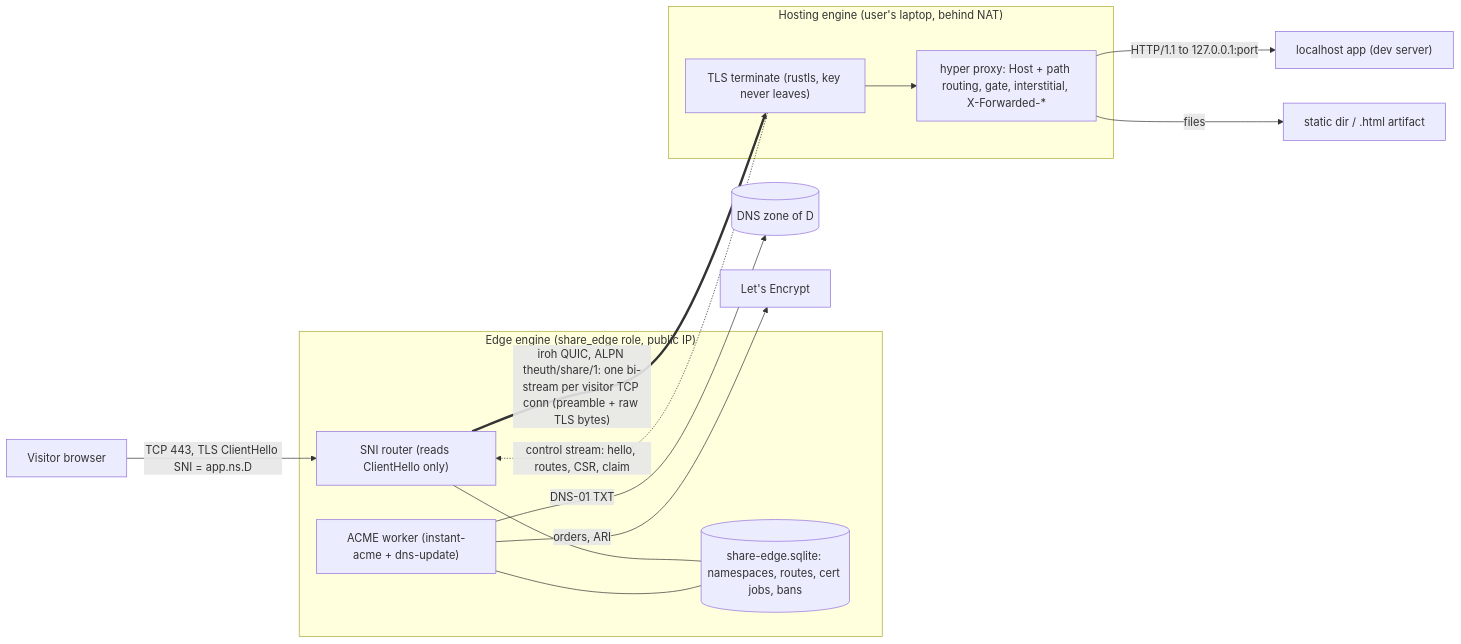
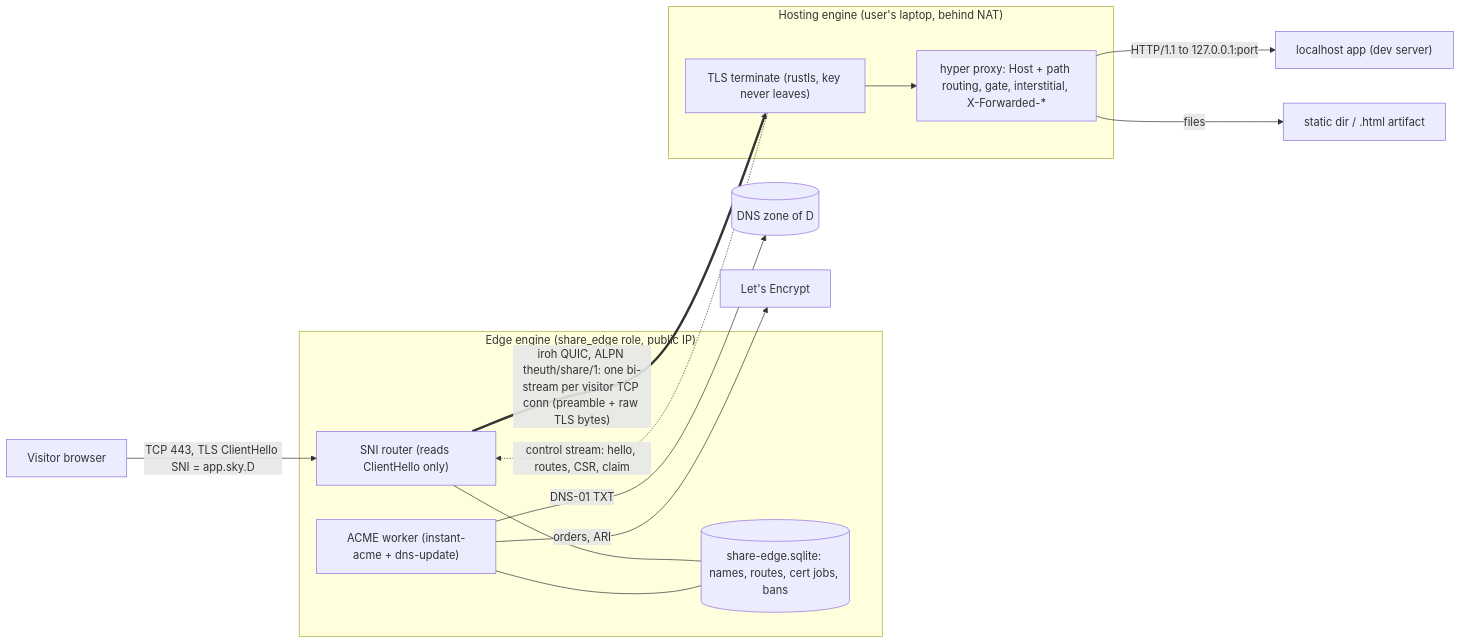
Before and after one commit to BaseDatum/Theuth: the diagram in docs/design/210-public-share.md, drawn with Mermaid. The commit also changed other lines of this file and 4 other files, not shown here.

````diff
--- a/docs/design/210-public-share.md
+++ b/docs/design/210-public-share.md
@@ -104,22 +114,22 @@
 ```mermaid
 flowchart LR
-  V["Visitor browser"] -- "TCP 443, TLS ClientHello SNI = app.ns.D" --> E
+  V["Visitor browser"] -- "TCP 443, TLS ClientHello SNI = app.sky.D" --> E
   subgraph EdgeNode["Edge engine (share_edge role, public IP)"]
     E["SNI router (reads ClientHello only)"]
-    R[("share-edge.sqlite: namespaces, routes, cert jobs, bans")]
+    R[("share-edge.sqlite: names, routes, cert jobs, bans")]
     A["ACME worker (instant-acme + dns-update)"]
     E --- R
     A --- R
   end
   A -- "DNS-01 TXT" --> DNS[("DNS zone of D")]
   A -- "orders, ARI" --> LE["Let's Encrypt"]
   E == "iroh QUIC, ALPN theuth/share/1: one bi-stream per visitor TCP conn (preamble + raw TLS bytes)" ==> H
   subgraph HostNode["Hosting engine (user's laptop, behind NAT)"]
     H["TLS terminate (rustls, key never leaves)"]
     P["hyper proxy: Host + path routing, gate, interstitial, X-Forwarded-*"]
     H --> P
   end
   P -- "HTTP/1.1 to 127.0.0.1:port" --> L["localhost app (dev server)"]
   P -- "files" --> S["static dir / .html artifact"]
   H -. "control stream: hello, routes, CSR, claim" .-> E
 ```
````
